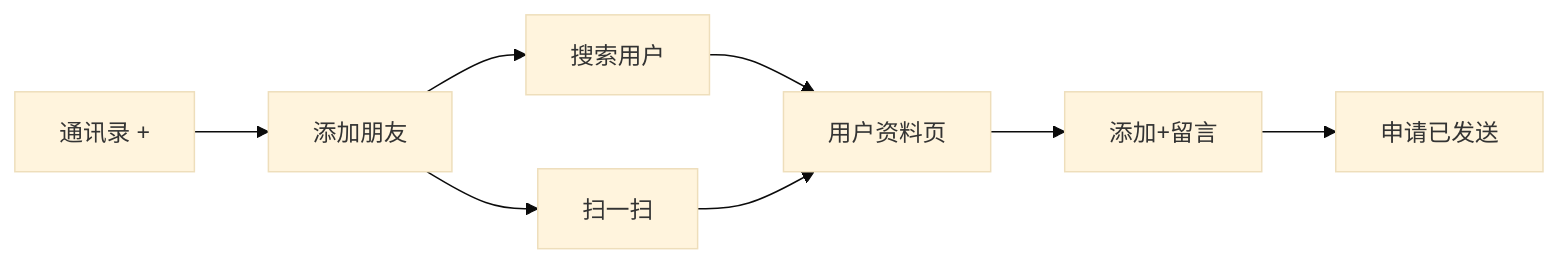
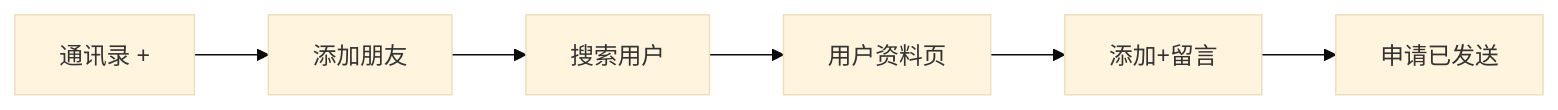
The first of 5 diagrams in docs/features/im/friend/v0.0.1/analysis.md (RainyJiang22/FlashIM_by_ai), drawn with Mermaid (base theme) before and after one commit. The commit also changed other lines of this file and 39 other files, not shown here.

````diff
--- a/docs/features/im/friend/v0.0.1/analysis.md
+++ b/docs/features/im/friend/v0.0.1/analysis.md
@@ -20,10 +25,8 @@
 ```mermaid
 flowchart LR
     A1[通讯录 +] --> A2[添加朋友]
     A2 --> A3[搜索用户]
-    A2 --> A4[扫一扫]
     A3 --> A5[用户资料页]
-    A4 --> A5
     A5 --> A6[添加+留言]
     A6 --> A7[申请已发送]
 ```
````
